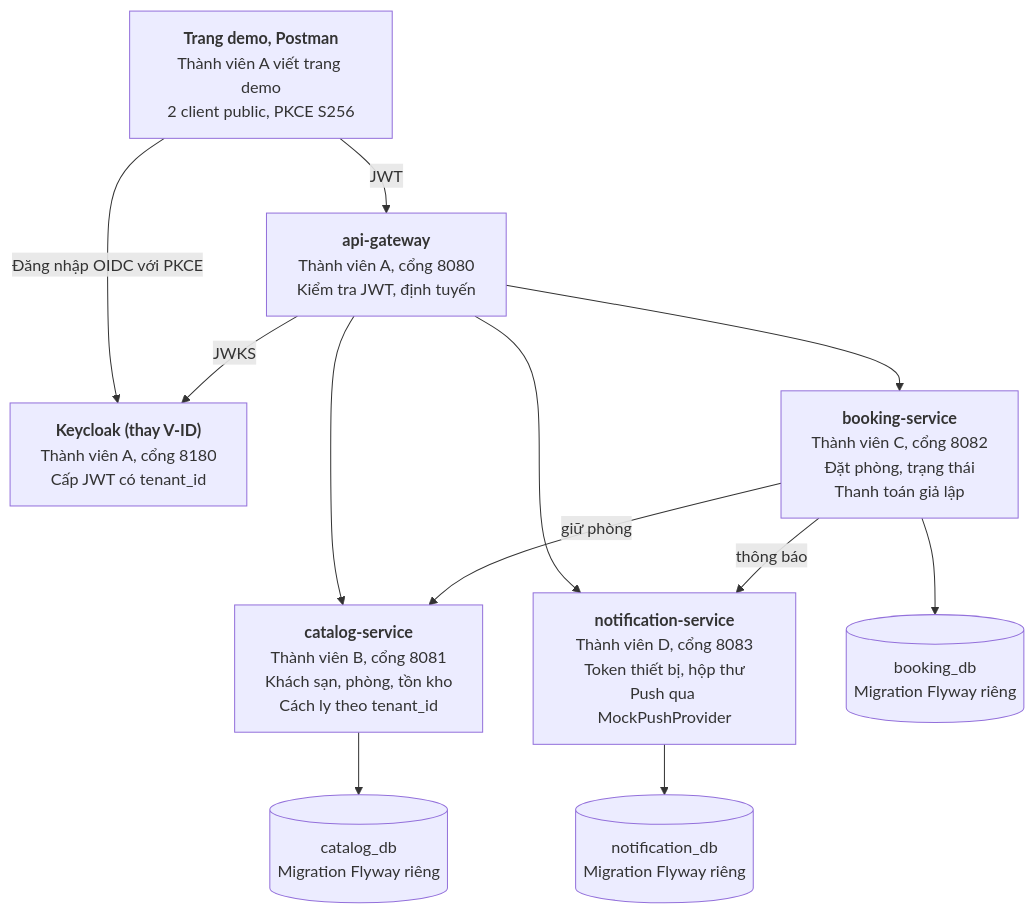
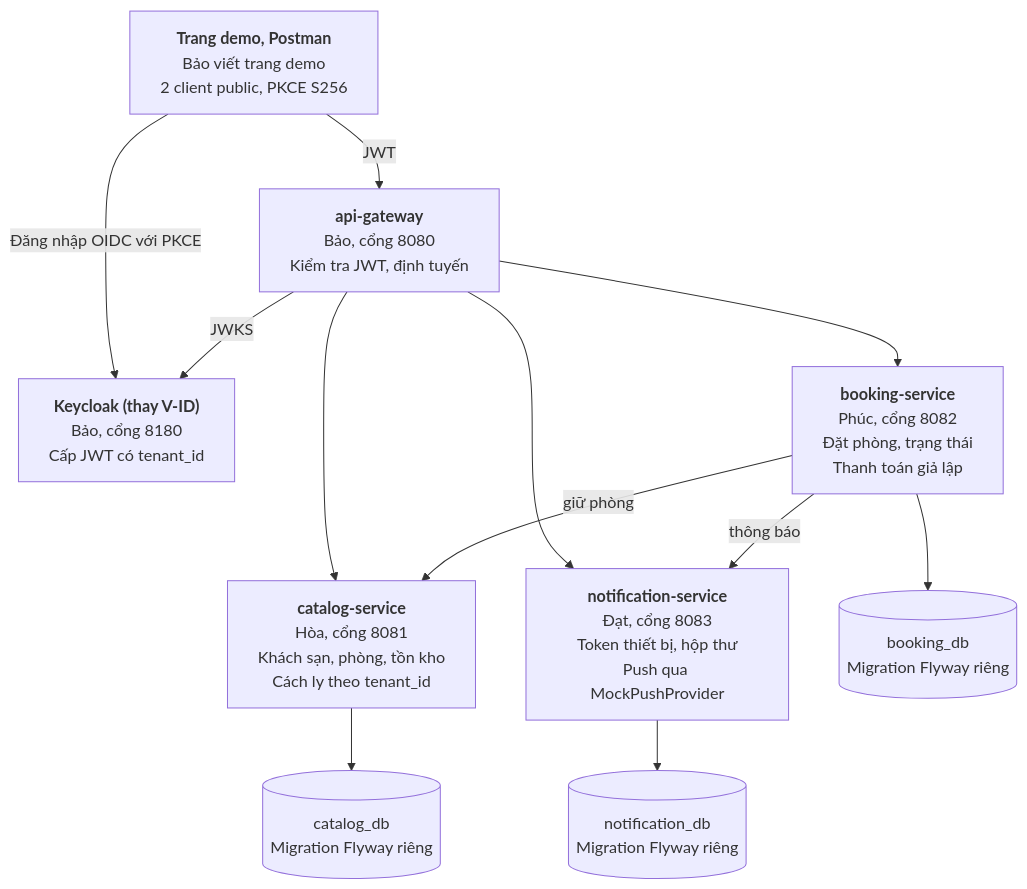
Before and after one commit to oabga/HotelBookingSystem: the first of 2 diagrams in docs/team-plan.md, drawn with Mermaid. The commit also changed other lines of this file and 1 other file, not shown here.

First line of the commit message:
docs: merge execution roadmap with team plan

````diff
--- a/docs/team-plan.md
+++ b/docs/team-plan.md
@@ -22,24 +24,24 @@
 ```mermaid
 flowchart TD
-    client["<b>Trang demo, Postman</b><br/>Thành viên A viết trang demo<br/>2 client public, PKCE S256"]
-    gateway["<b>api-gateway</b><br/>Thành viên A, cổng 8080<br/>Kiểm tra JWT, định tuyến"]
-    keycloak["<b>Keycloak (thay V-ID)</b><br/>Thành viên A, cổng 8180<br/>Cấp JWT có tenant_id"]
-    catalog["<b>catalog-service</b><br/>Thành viên B, cổng 8081<br/>Khách sạn, phòng, tồn kho<br/>Cách ly theo tenant_id"]
-    booking["<b>booking-service</b><br/>Thành viên C, cổng 8082<br/>Đặt phòng, trạng thái<br/>Thanh toán giả lập"]
-    notification["<b>notification-service</b><br/>Thành viên D, cổng 8083<br/>Token thiết bị, hộp thư<br/>Push qua MockPushProvider"]
+    client["<b>Trang demo, Postman</b><br/>Bảo viết trang demo<br/>2 client public, PKCE S256"]
+    gateway["<b>api-gateway</b><br/>Bảo, cổng 8080<br/>Kiểm tra JWT, định tuyến"]
+    keycloak["<b>Keycloak (thay V-ID)</b><br/>Bảo, cổng 8180<br/>Cấp JWT có tenant_id"]
+    catalog["<b>catalog-service</b><br/>Hòa, cổng 8081<br/>Khách sạn, phòng, tồn kho<br/>Cách ly theo tenant_id"]
+    booking["<b>booking-service</b><br/>Phúc, cổng 8082<br/>Đặt phòng, trạng thái<br/>Thanh toán giả lập"]
+    notification["<b>notification-service</b><br/>Đạt, cổng 8083<br/>Token thiết bị, hộp thư<br/>Push qua MockPushProvider"]
     catalogDb[("catalog_db<br/>Migration Flyway riêng")]
     bookingDb[("booking_db<br/>Migration Flyway riêng")]
     notificationDb[("notification_db<br/>Migration Flyway riêng")]
 
     client -- "Đăng nhập OIDC với PKCE" --> keycloak
     client -- "JWT" --> gateway
     gateway -- "JWKS" --> keycloak
     gateway --> catalog
     gateway --> booking
     gateway --> notification
     booking -- "giữ phòng" --> catalog
     booking -- "thông báo" --> notification
     catalog --> catalogDb
     booking --> bookingDb
     notification --> notificationDb
 ```
````
